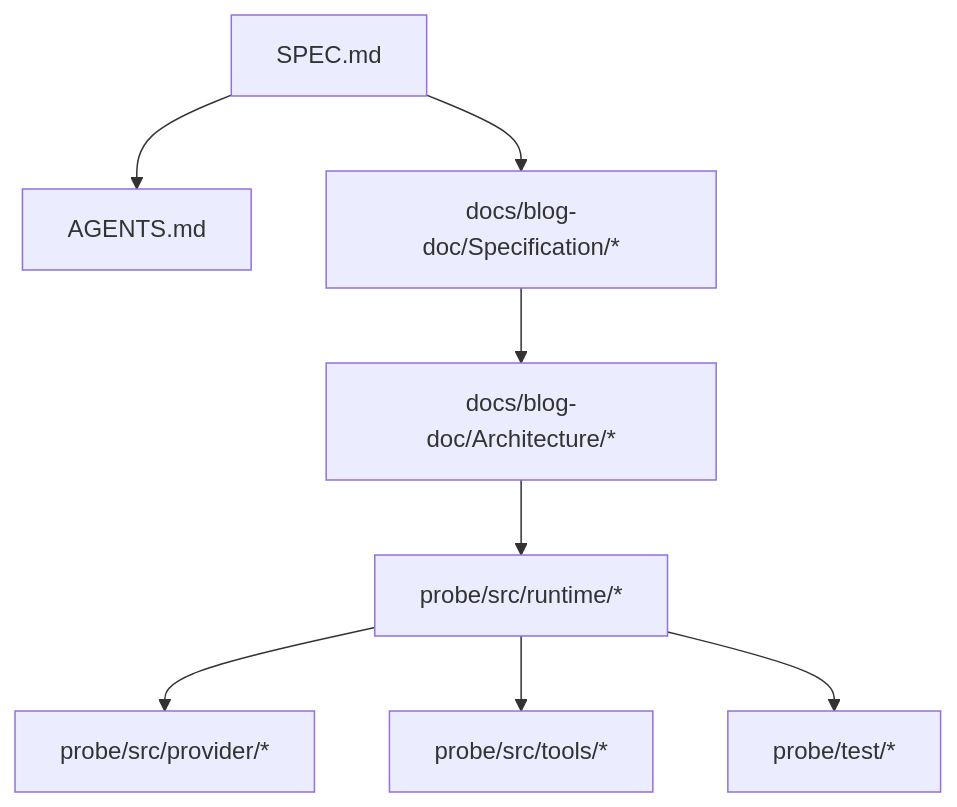
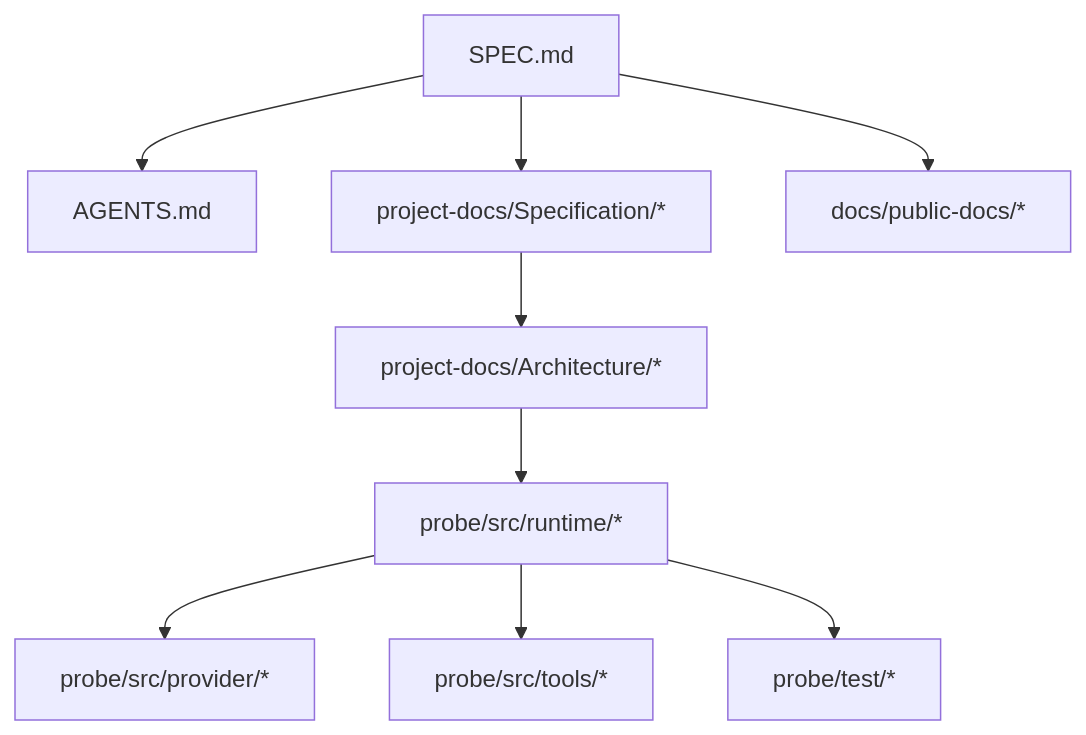
One commit to gigio1023/minecraft-llm-agent-community changed the second of 2 diagrams in README.md. Above: the diagram before and after it, drawn with Mermaid. The commit also changed other lines of this file and 221 other files, not shown here.

Commit message:
Refine actor runtime evidence flow

````diff
--- a/README.md
+++ b/README.md
@@ -363,19 +364,21 @@
 ```mermaid
 flowchart TB
   Spec["SPEC.md"]
   Agents["AGENTS.md"]
-  DocsSpec["docs/blog-doc/Specification/*"]
-  Arch["docs/blog-doc/Architecture/*"]
+  DocsSpec["project-docs/Specification/*"]
+  Arch["project-docs/Architecture/*"]
+  PublicDocs["docs/public-docs/*"]
   Runtime["probe/src/runtime/*"]
   Provider["probe/src/provider/*"]
   Tools["probe/src/tools/*"]
   Tests["probe/test/*"]
 
   Spec --> DocsSpec
   Spec --> Agents
   DocsSpec --> Arch
+  Spec --> PublicDocs
   Arch --> Runtime
   Runtime --> Provider
   Runtime --> Tools
   Runtime --> Tests
 ```
````
